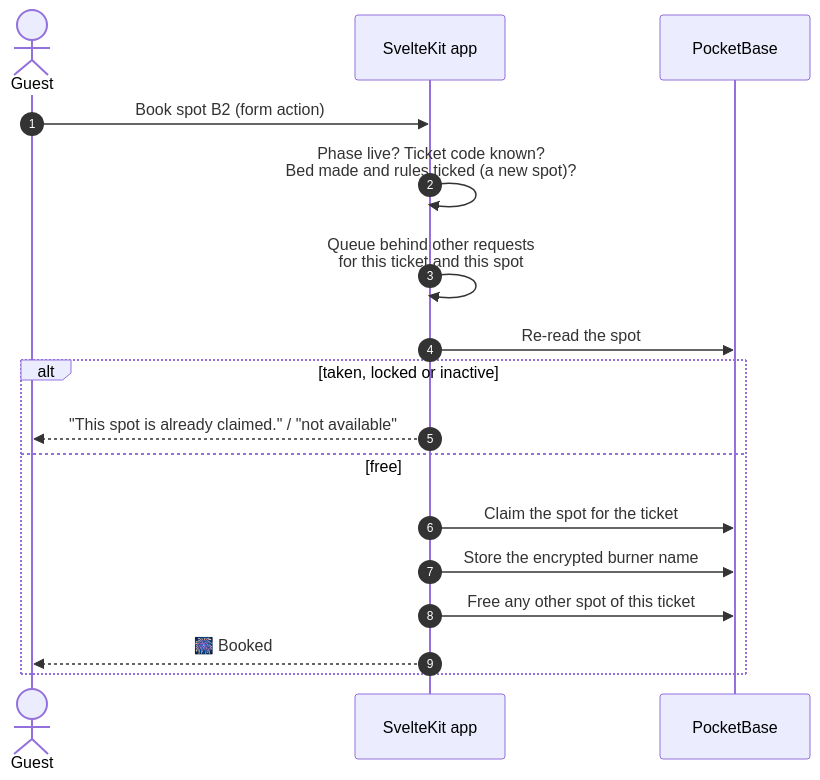
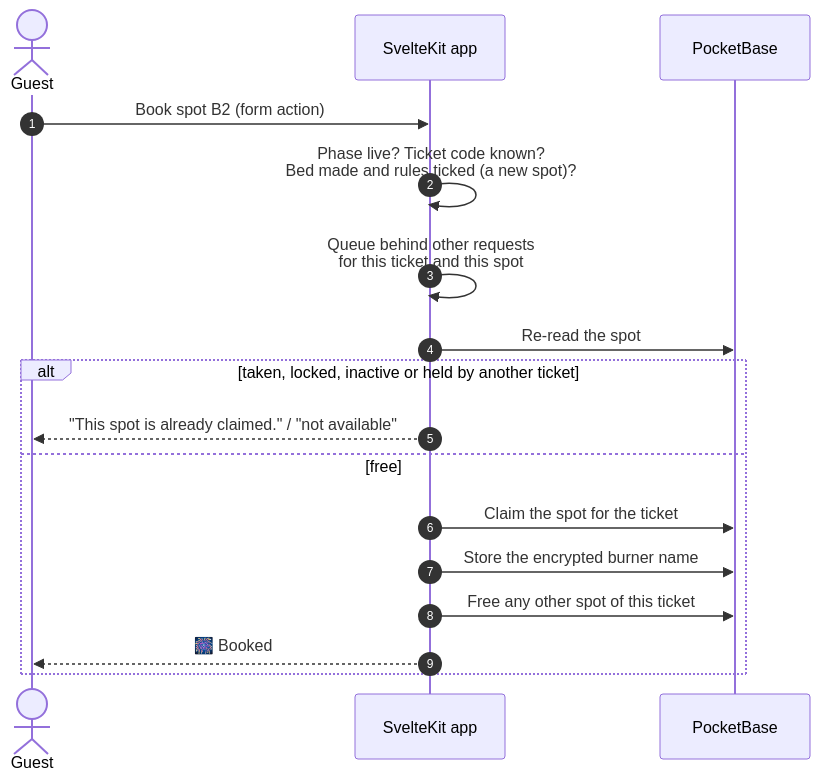
Before and after one commit to MorpheusMXML/hamburn-cozynights: the third of 3 diagrams in docs/reference/architecture.md, drawn with Mermaid. The commit also changed other lines of this file and 2 other files, not shown here.

Commit message:
docs: the ten-minute hold on a spot you start booking

````diff
--- a/docs/reference/architecture.md
+++ b/docs/reference/architecture.md
@@ -199,19 +199,19 @@
 ```mermaid
 sequenceDiagram
   autonumber
   actor Guest
   participant App as SvelteKit app
   participant DB as PocketBase
   Guest->>App: Book spot B2 (form action)
   App->>App: Phase live? Ticket code known?<br/>Bed made and rules ticked (a new spot)?
   App->>App: Queue behind other requests<br/>for this ticket and this spot
   App->>DB: Re-read the spot
-  alt taken, locked or inactive
+  alt taken, locked, inactive or held by another ticket
     App-->>Guest: "This spot is already claimed." / "not available"
   else free
     App->>DB: Claim the spot for the ticket
     App->>DB: Store the encrypted burner name
     App->>DB: Free any other spot of this ticket
     App-->>Guest: 🎆 Booked
   end
 ```
````
